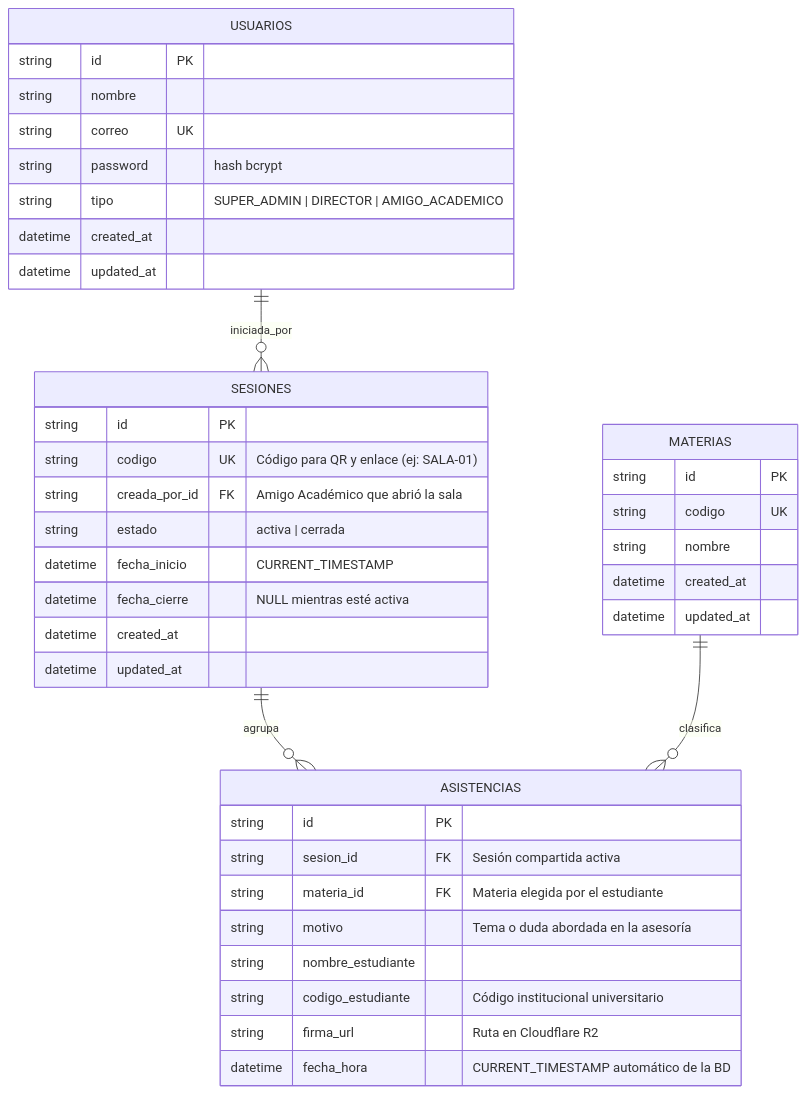
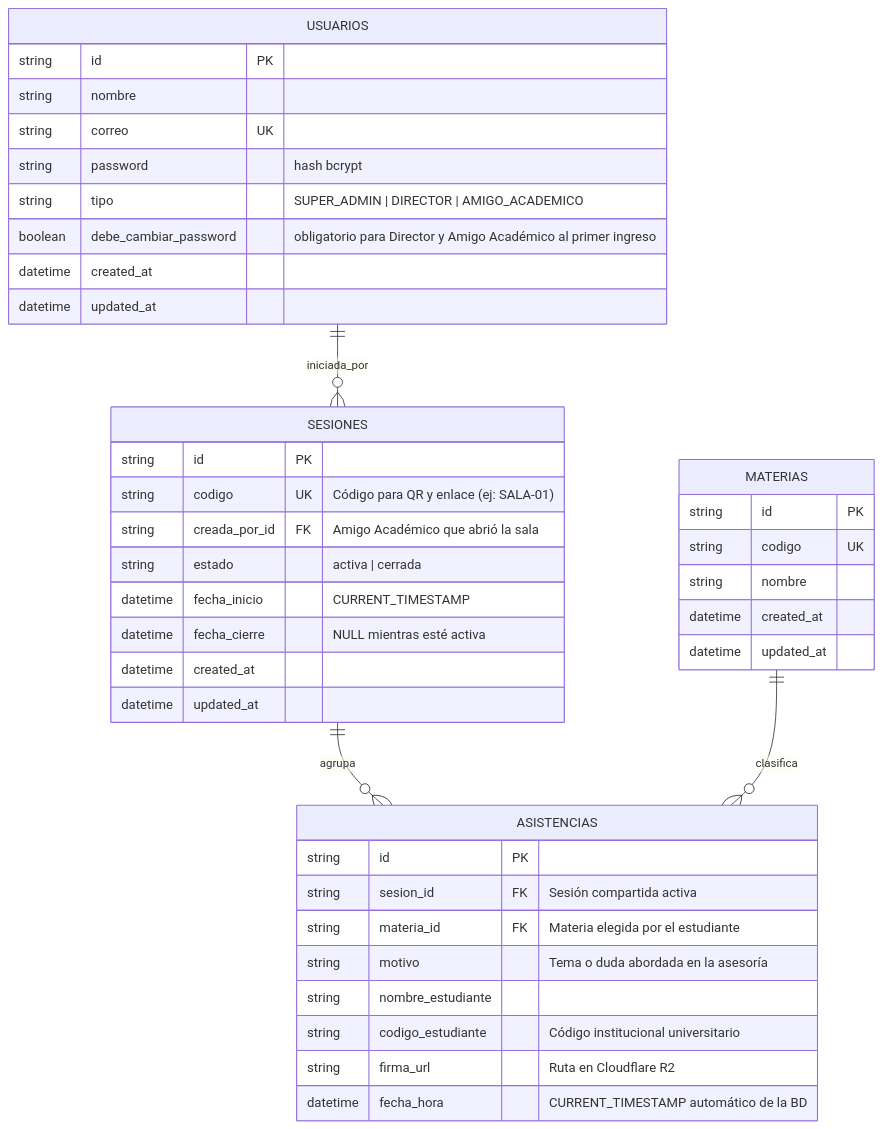
The second of 2 diagrams in CONTEXTO_PROYECTO.md (IngMapache-Coder/S3A-Backend), drawn with Mermaid before and after one commit. The commit also changed other lines of this file and 35 other files, not shown here.

````diff
--- a/CONTEXTO_PROYECTO.md
+++ b/CONTEXTO_PROYECTO.md
@@ -107,46 +107,47 @@
 ```mermaid
 erDiagram
     USUARIOS ||--o{ SESIONES : "iniciada_por"
     SESIONES ||--o{ ASISTENCIAS : "agrupa"
     MATERIAS ||--o{ ASISTENCIAS : "clasifica"
 
     USUARIOS {
         string id PK
         string nombre
         string correo UK
         string password "hash bcrypt"
         string tipo "SUPER_ADMIN | DIRECTOR | AMIGO_ACADEMICO"
+        boolean debe_cambiar_password "obligatorio para Director y Amigo Académico al primer ingreso"
         datetime created_at
         datetime updated_at
     }
 
     MATERIAS {
         string id PK
         string codigo UK
         string nombre
         datetime created_at
         datetime updated_at
     }
 
     SESIONES {
         string id PK
         string codigo UK "Código para QR y enlace (ej: SALA-01)"
         string creada_por_id FK "Amigo Académico que abrió la sala"
         string estado "activa | cerrada"
         datetime fecha_inicio "CURRENT_TIMESTAMP"
         datetime fecha_cierre "NULL mientras esté activa"
         datetime created_at
         datetime updated_at
     }
 
     ASISTENCIAS {
         string id PK
         string sesion_id FK "Sesión compartida activa"
         string materia_id FK "Materia elegida por el estudiante"
         string motivo "Tema o duda abordada en la asesoría"
         string nombre_estudiante
         string codigo_estudiante "Código institucional universitario"
         string firma_url "Ruta en Cloudflare R2"
         datetime fecha_hora "CURRENT_TIMESTAMP automático de la BD"
     }
 ```
````
